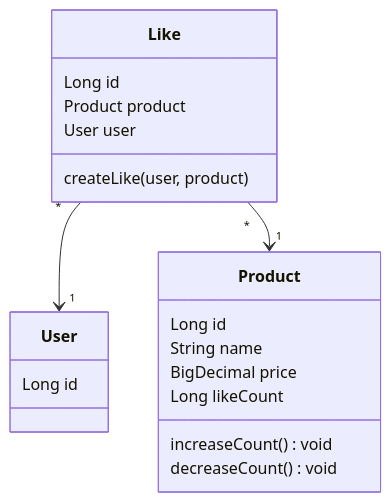
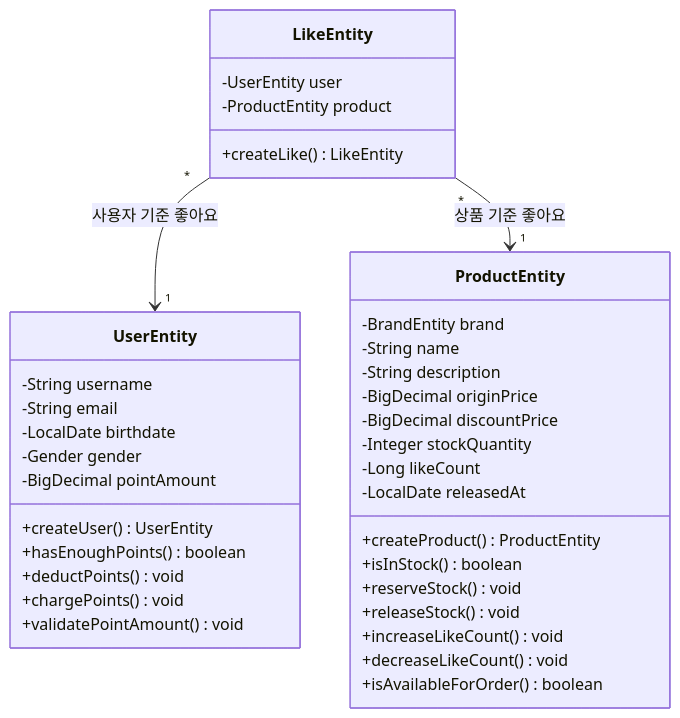
Before and after one commit to hyujikoh/loopers-spring-java-template: the fourth of 5 diagrams in docs/week2/03-class-diagram.md, drawn with Mermaid. The commit also changed other lines of this file, not shown here.

First line of the commit message:
docs(class-diagram): 도메인 모델 및 클래스 다이어그램 수정

````diff
--- a/docs/week2/03-class-diagram.md
+++ b/docs/week2/03-class-diagram.md
@@ -102,26 +210,42 @@
 ```mermaid
 classDiagram
-    class User {
-        Long id
+    class LikeEntity {
+        -UserEntity user
+        -ProductEntity product
+        +createLike() LikeEntity
     }
 
-    class Like {
-        Long id
-        Product product
-        User user
-        createLike(user, product)
-        
+    class UserEntity {
+        -String username
+        -String email
+        -LocalDate birthdate
+        -Gender gender
+        -BigDecimal pointAmount
+        +createUser() UserEntity
+        +hasEnoughPoints() boolean
+        +deductPoints() void
+        +chargePoints() void
+        +validatePointAmount() void
     }
 
-    class Product {
-        Long id
-        String name
-        BigDecimal price
-        Long likeCount
-        increaseCount() void
-        decreaseCount() void
+    class ProductEntity {
+        -BrandEntity brand
+        -String name
+        -String description
+        -BigDecimal originPrice
+        -BigDecimal discountPrice
+        -Integer stockQuantity
+        -Long likeCount
+        -LocalDate releasedAt
+        +createProduct() ProductEntity
+        +isInStock() boolean
+        +reserveStock() void
+        +releaseStock() void
+        +increaseLikeCount() void
+        +decreaseLikeCount() void
+        +isAvailableForOrder() boolean
     }
 
-    Like  "*" --> "1"  User  
-    Like  "*" --> "1"  Product
+    LikeEntity "*" --> "1" UserEntity : 사용자 기준 좋아요
+    LikeEntity "*" --> "1" ProductEntity : 상품 기준 좋아요
 ```
````
